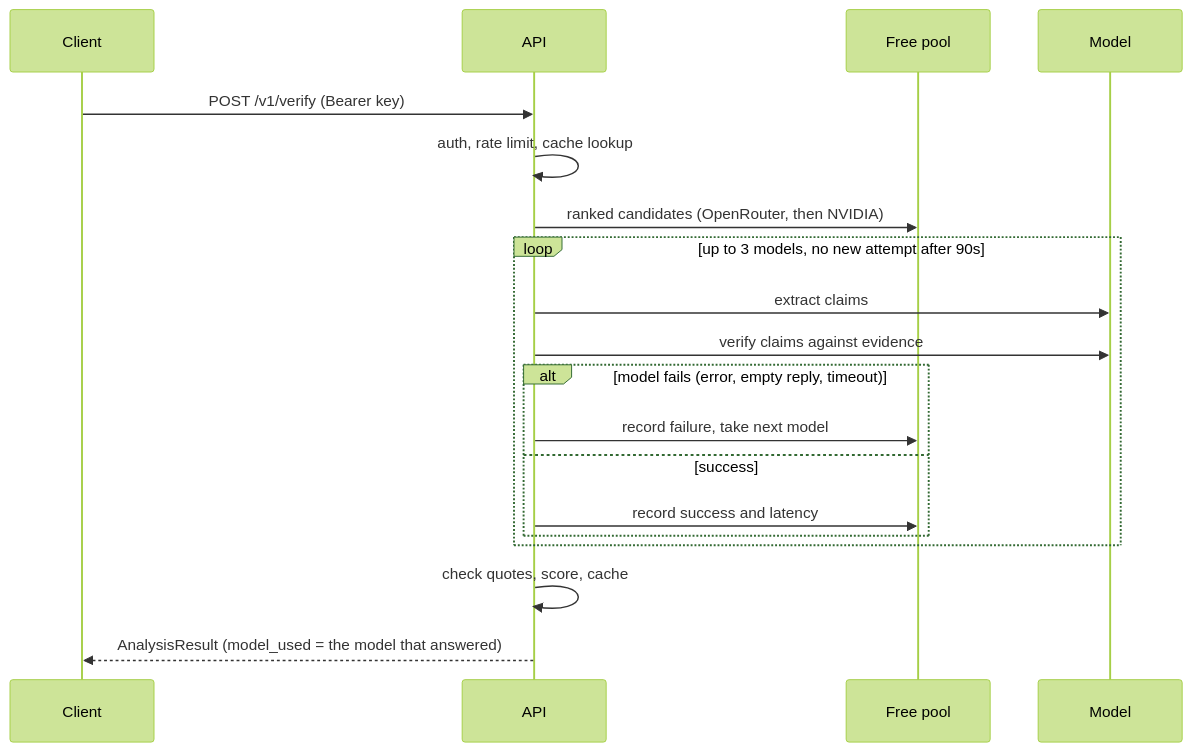
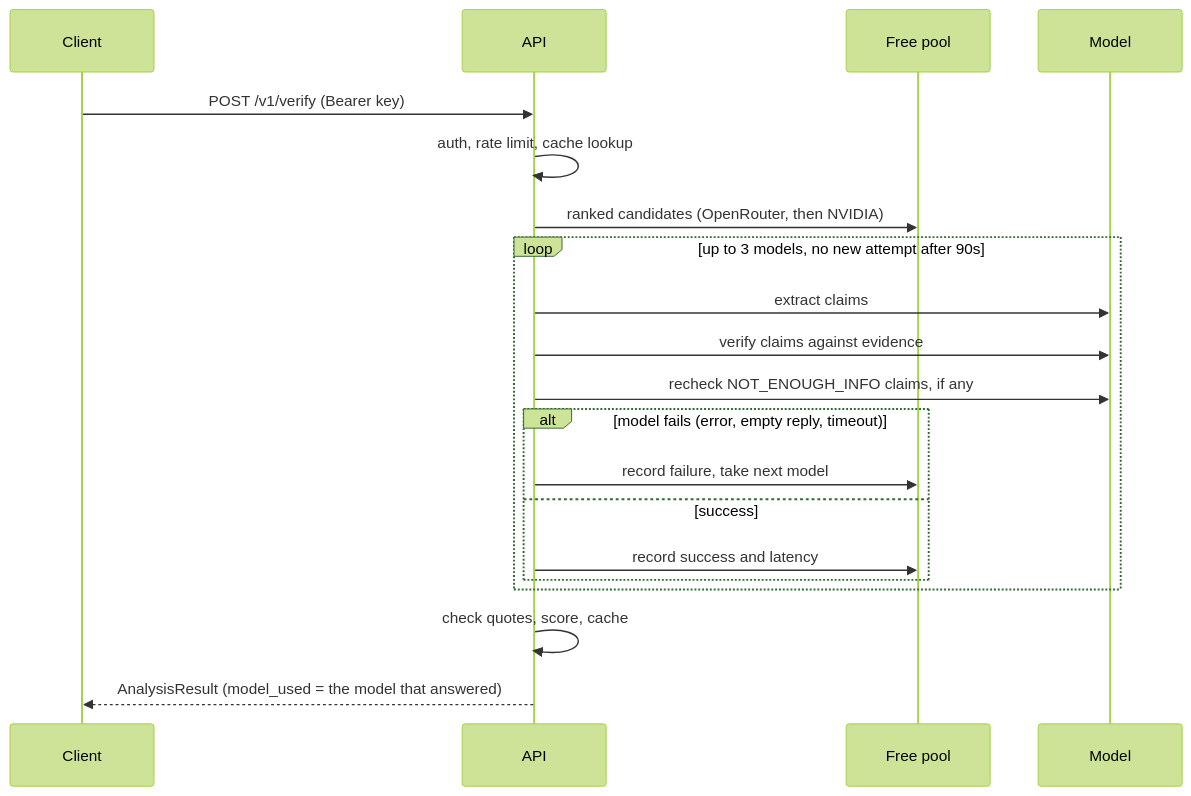
One commit to mohanmarimuthu1/HALLUCINATION-DETECTION changed the second of 2 diagrams in README.md. Above: the diagram before and after it, drawn with Mermaid (forest theme). The commit also changed other lines of this file, not shown here.

Commit message:
Bring the README diagrams and testing notes up to date

````diff
--- a/README.md
+++ b/README.md
@@ -150,21 +152,22 @@
 ```mermaid
 sequenceDiagram
     participant Client
     participant API
     participant Pool as Free pool
     participant Model
     Client->>API: POST /v1/verify (Bearer key)
     API->>API: auth, rate limit, cache lookup
     API->>Pool: ranked candidates (OpenRouter, then NVIDIA)
     loop up to 3 models, no new attempt after 90s
         API->>Model: extract claims
         API->>Model: verify claims against evidence
+        API->>Model: recheck NOT_ENOUGH_INFO claims, if any
         alt model fails (error, empty reply, timeout)
             API->>Pool: record failure, take next model
         else success
             API->>Pool: record success and latency
         end
     end
     API->>API: check quotes, score, cache
     API-->>Client: AnalysisResult (model_used = the model that answered)
 ```
````
